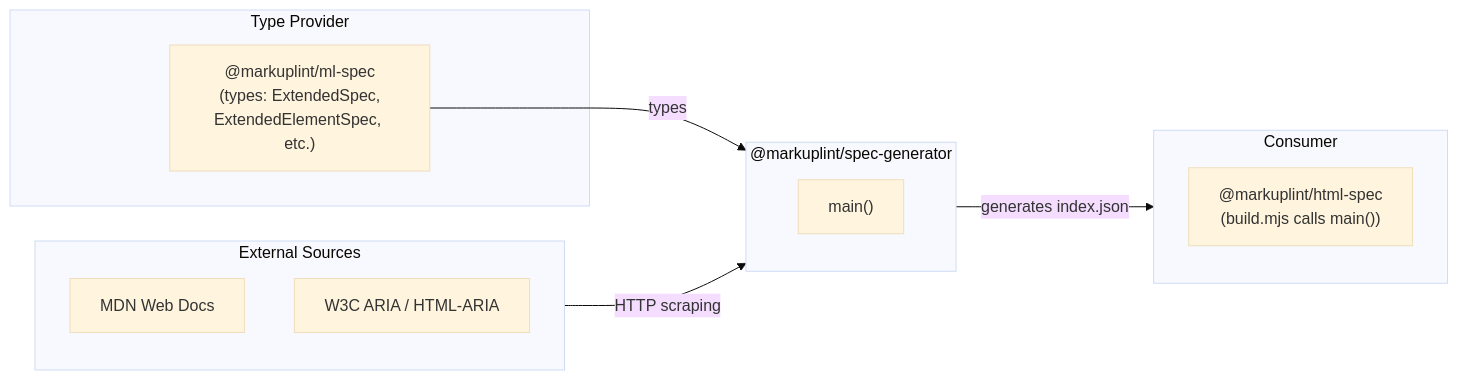
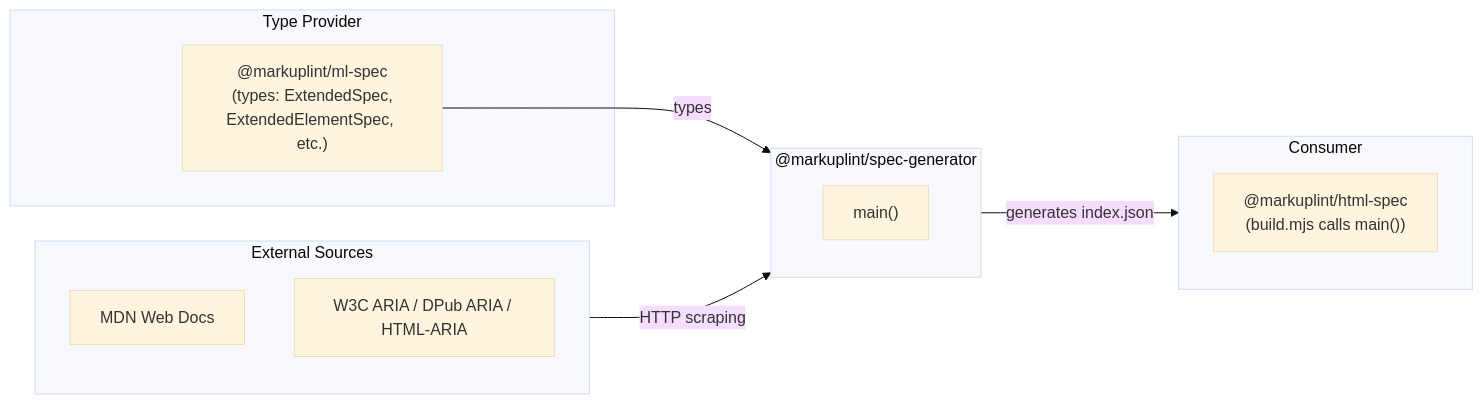
One commit to markuplint/markuplint changed the second of 2 diagrams in packages/@markuplint/spec-generator/ARCHITECTURE.md. Above: the diagram before and after it, drawn with Mermaid (base theme). The commit also changed other lines of this file and 7 other files, not shown here.

Commit message:
docs(spec-generator): add DPub ARIA scraping to documentation

````diff
--- a/packages/@markuplint/spec-generator/ARCHITECTURE.md
+++ b/packages/@markuplint/spec-generator/ARCHITECTURE.md
@@ -142,23 +144,23 @@
 ```mermaid
 flowchart LR
     subgraph upstream ["Type Provider"]
         mlSpec["@markuplint/ml-spec\n(types: ExtendedSpec,\nExtendedElementSpec, etc.)"]
     end
 
     subgraph pkg ["@markuplint/spec-generator"]
         main["main()"]
     end
 
     subgraph consumer ["Consumer"]
         htmlSpec["@markuplint/html-spec\n(build.mjs calls main())"]
     end
 
     subgraph external ["External Sources"]
         mdn["MDN Web Docs"]
-        w3c["W3C ARIA / HTML-ARIA"]
+        w3c["W3C ARIA / DPub ARIA / HTML-ARIA"]
     end
 
     mlSpec -->|"types"| pkg
     external -->|"HTTP scraping"| pkg
     pkg -->|"generates index.json"| consumer
 ```
````
